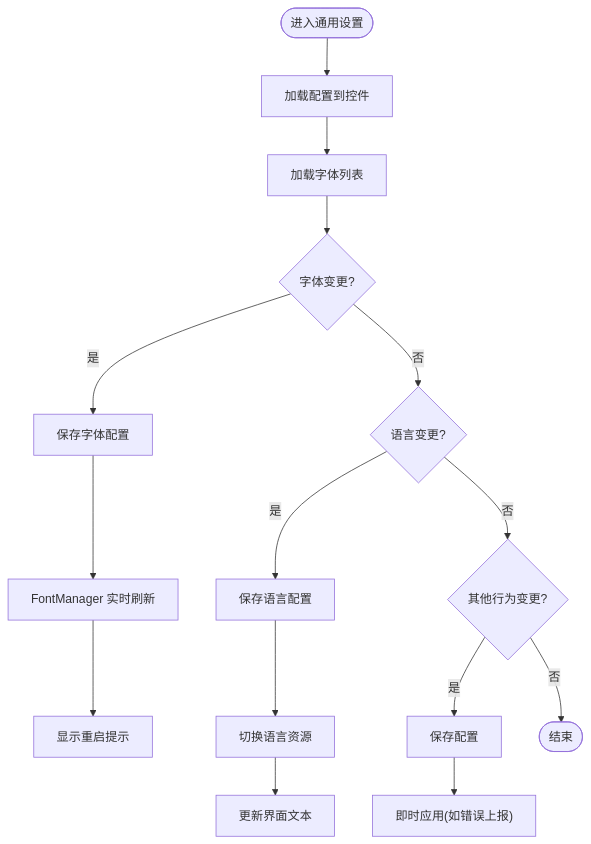
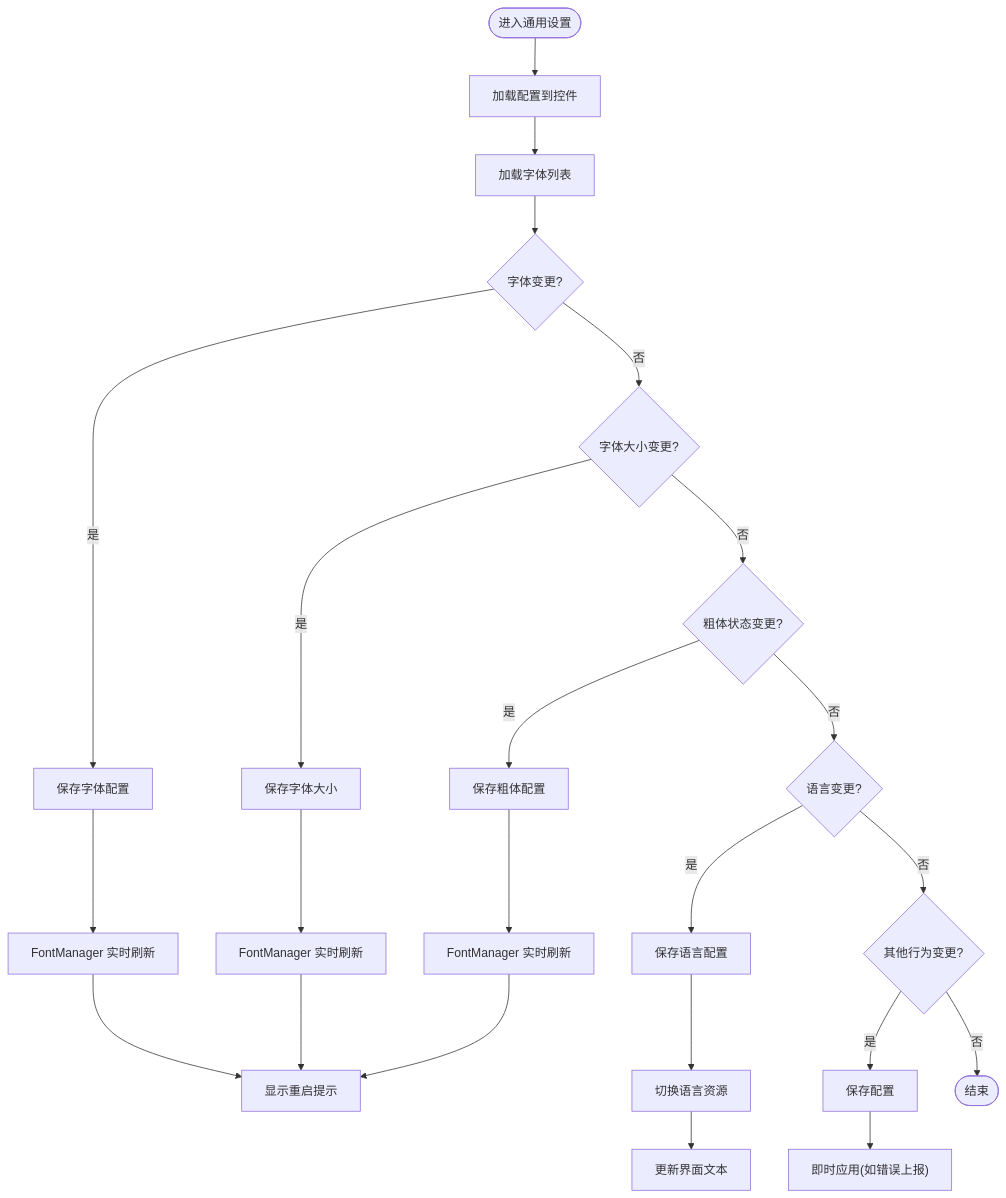
Before and after one commit to tea4go/Macro-Deck: the third of 6 diagrams in .qoder/repowiki/zh/content/图形用户界面/视图管理系统/设置视图.md, drawn with Mermaid. The commit also changed other lines of this file and 22 other files, not shown here.

````diff
--- a/.qoder/repowiki/zh/content/图形用户界面/视图管理系统/设置视图.md
+++ b/.qoder/repowiki/zh/content/图形用户界面/视图管理系统/设置视图.md
@@ -167,17 +157,25 @@
 ```mermaid
 flowchart TD
 Start(["进入通用设置"]) --> LoadCfg["加载配置到控件"]
 LoadCfg --> LoadFont["加载字体列表"]
 LoadFont --> ChangeFont{"字体变更?"}
 ChangeFont --> |是| SaveFont["保存字体配置"]
 SaveFont --> RefreshFont["FontManager 实时刷新"]
 RefreshFont --> ShowHint["显示重启提示"]
-ChangeFont --> |否| ChangeLang{"语言变更?"}
+ChangeFont --> |否| ChangeSize{"字体大小变更?"}
+ChangeSize --> |是| SaveSize["保存字体大小"]
+SaveSize --> RefreshSize["FontManager 实时刷新"]
+RefreshSize --> ShowHint
+ChangeSize --> |否| ChangeBold{"粗体状态变更?"}
+ChangeBold --> |是| SaveBold["保存粗体配置"]
+SaveBold --> RefreshBold["FontManager 实时刷新"]
+RefreshBold --> ShowHint
+ChangeBold --> |否| ChangeLang{"语言变更?"}
 ChangeLang --> |是| SaveLang["保存语言配置"]
 SaveLang --> SwitchLang["切换语言资源"]
 SwitchLang --> Translate["更新界面文本"]
 ChangeLang --> |否| ChangeOther{"其他行为变更?"}
 ChangeOther --> |是| SaveOther["保存配置"]
 SaveOther --> ApplyOther["即时应用(如错误上报)"]
 ChangeOther --> |否| End(["结束"])
 ```
````
